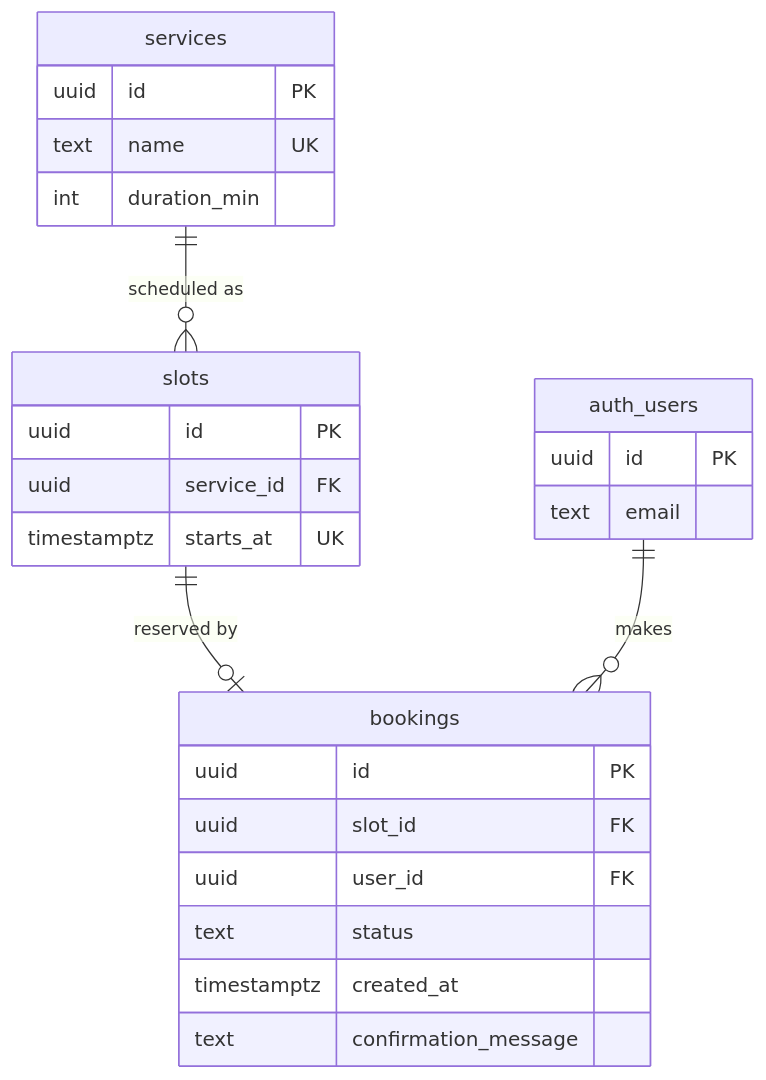
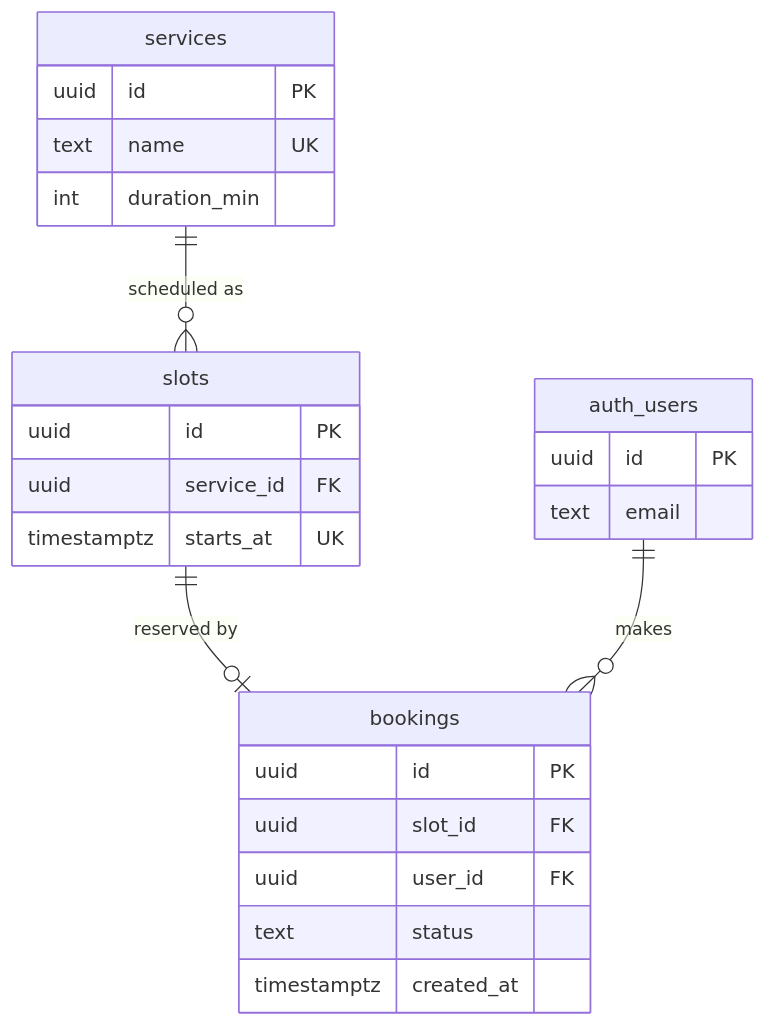
Before and after one commit to james-jhnsn/treadslot-booking-app: the second of 4 diagrams in docs/architecture.md, drawn with Mermaid. The commit also changed other lines of this file and 1 other file, not shown here.

Commit message:
Fix architecture diagram accuracy and mark test checklist complete

````diff
--- a/docs/architecture.md
+++ b/docs/architecture.md
@@ -41,29 +41,28 @@
 ```mermaid
 erDiagram
     auth_users {
         uuid id PK
         text email
     }
     services {
         uuid id PK
         text name UK
         int  duration_min
     }
     slots {
         uuid        id PK
         uuid        service_id FK
         timestamptz starts_at UK
     }
     bookings {
         uuid        id PK
         uuid        slot_id FK
         uuid        user_id FK
         text        status
         timestamptz created_at
-        text        confirmation_message
     }
 
     services    ||--o{ slots    : "scheduled as"
     slots       ||--o| bookings : "reserved by"
     auth_users  ||--o{ bookings : "makes"
 ```
````
